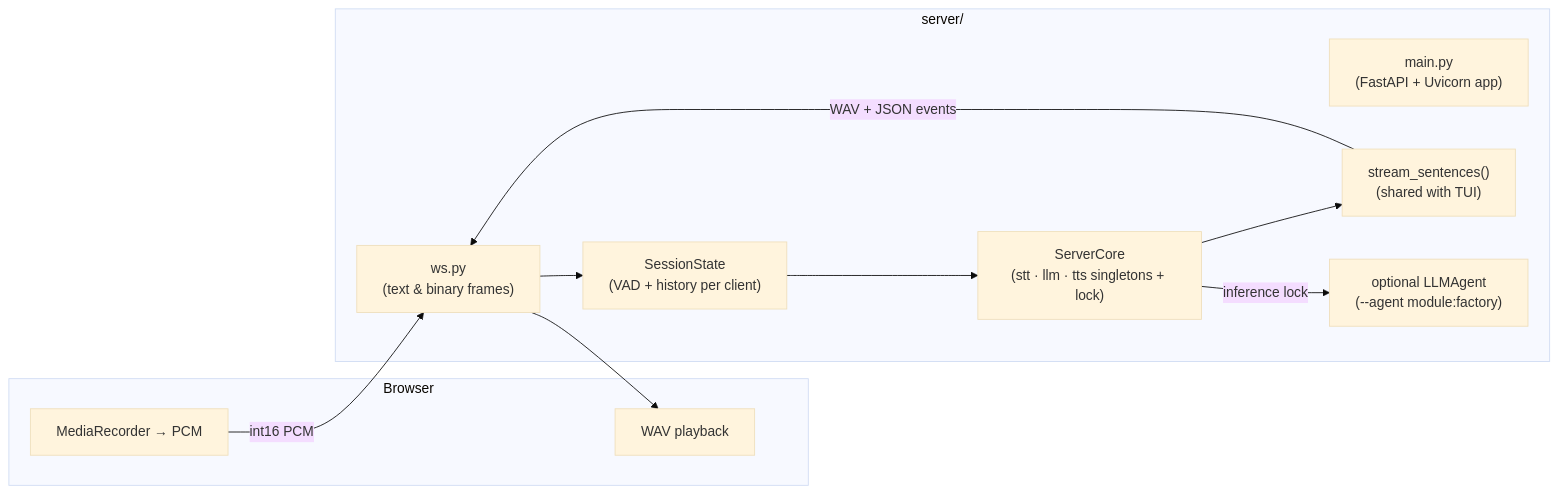
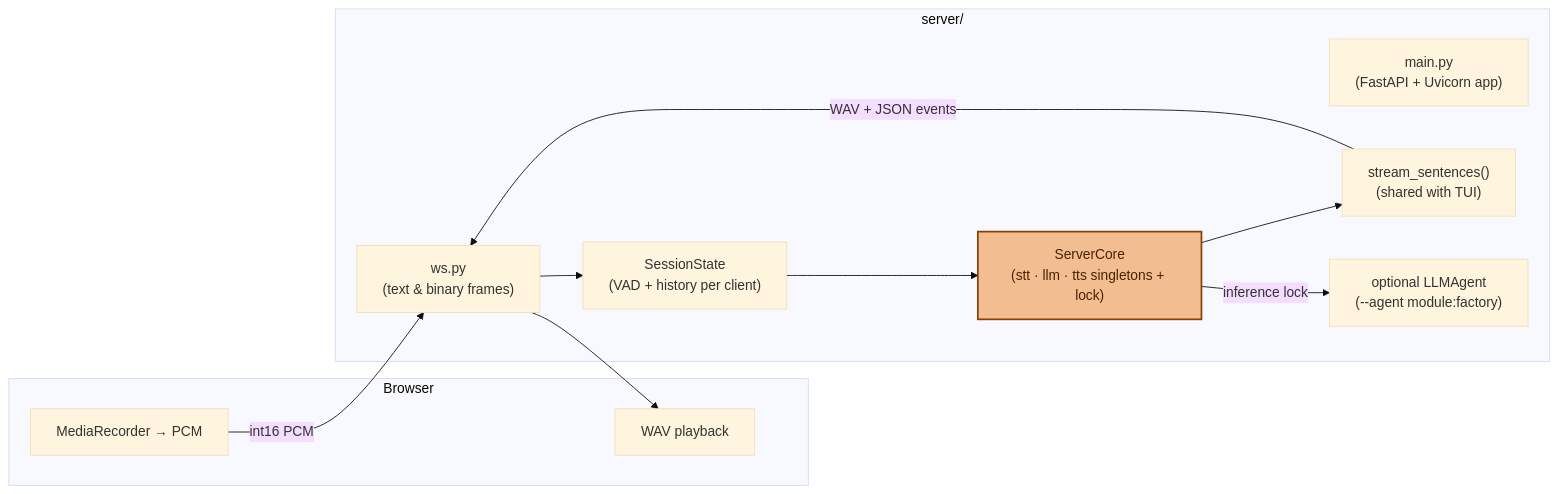
The eighth of 10 diagrams in docs/documentation/components.md (vietanhdev/edgevox), drawn with Mermaid (base theme) before and after one commit. The commit also changed other lines of this file and 10 other files, not shown here.

````diff
--- a/docs/documentation/components.md
+++ b/docs/documentation/components.md
@@ -292,24 +306,26 @@
 ```mermaid
 flowchart LR
     subgraph Browser
         MR["MediaRecorder → PCM"]
         WAV["WAV playback"]
     end
 
     subgraph Server["server/"]
         MAIN["main.py<br/>(FastAPI + Uvicorn app)"]
         CORE["ServerCore<br/>(stt · llm · tts singletons + lock)"]
         SESS["SessionState<br/>(VAD + history per client)"]
         WS["ws.py<br/>(text & binary frames)"]
         PIPE["stream_sentences()<br/>(shared with TUI)"]
         AGENT["optional LLMAgent<br/>(--agent module:factory)"]
     end
 
     MR -->|int16 PCM| WS
     WS --> SESS
     SESS --> CORE
     CORE -->|inference lock| AGENT
     CORE --> PIPE
     PIPE -->|WAV + JSON events| WS
     WS --> WAV
+    classDef focal fill:#f3bd92,stroke:#8c4000,color:#4a2200,stroke-width:2px
+    class CORE focal
 ```
````
